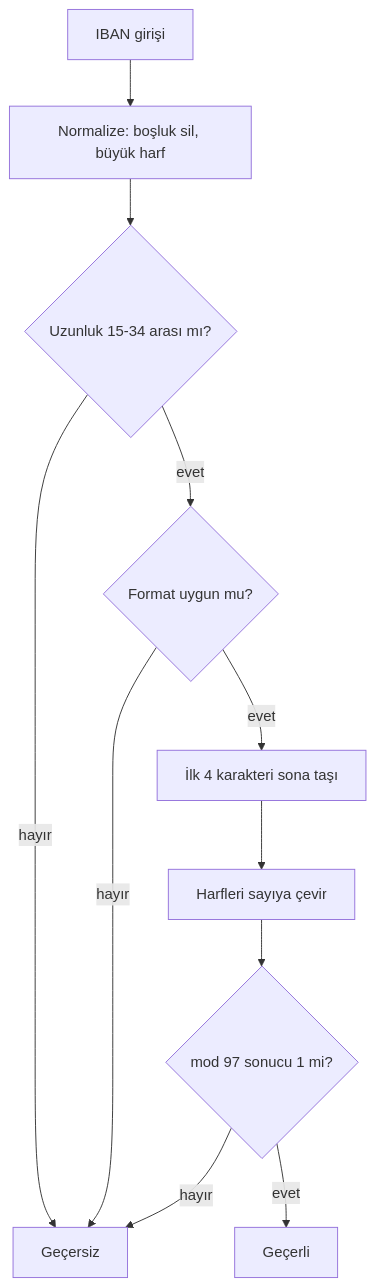
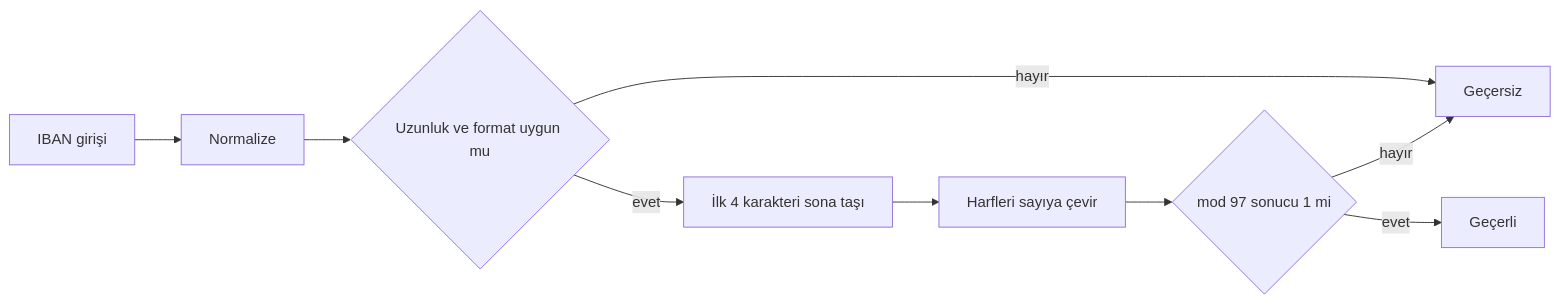
The fourth of 4 diagrams in 01-foundation/06-validation/README.md (adraarda23/banking-learning), drawn with Mermaid before and after one commit. The commit also changed other lines of this file and 37 other files, not shown here.

````diff
--- a/01-foundation/06-validation/README.md
+++ b/01-foundation/06-validation/README.md
@@ -269,13 +259,8 @@
 ```mermaid
-flowchart TD
-    A["IBAN girişi"] --> B["Normalize: boşluk sil, büyük harf"]
-    B --> C{"Uzunluk 15-34 arası mı?"}
+flowchart LR
+    A["IBAN girişi"] --> B["Normalize"] --> C{"Uzunluk ve format uygun mu"}
     C -- "hayır" --> R["Geçersiz"]
-    C -- "evet" --> D{"Format uygun mu?"}
-    D -- "hayır" --> R
-    D -- "evet" --> E["İlk 4 karakteri sona taşı"]
-    E --> F["Harfleri sayıya çevir"]
-    F --> G{"mod 97 sonucu 1 mi?"}
+    C -- "evet" --> E["İlk 4 karakteri sona taşı"] --> F["Harfleri sayıya çevir"] --> G{"mod 97 sonucu 1 mi"}
     G -- "evet" --> V["Geçerli"]
     G -- "hayır" --> R
 ```
````
